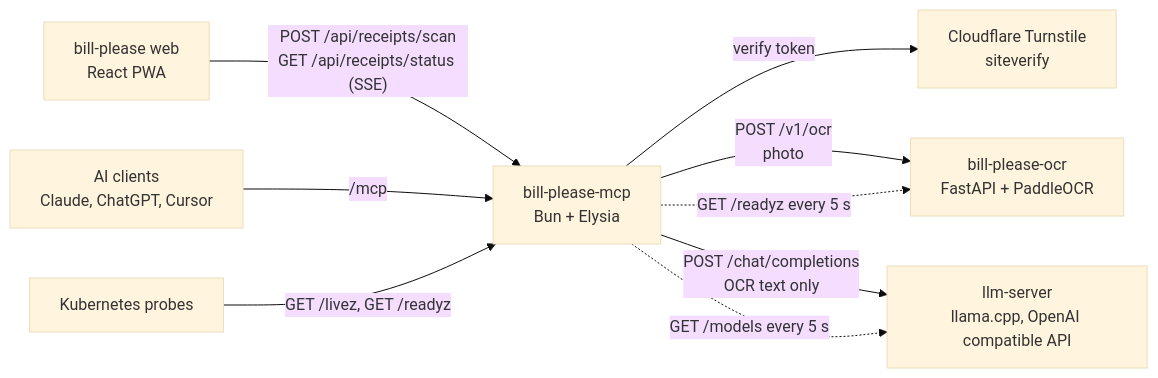
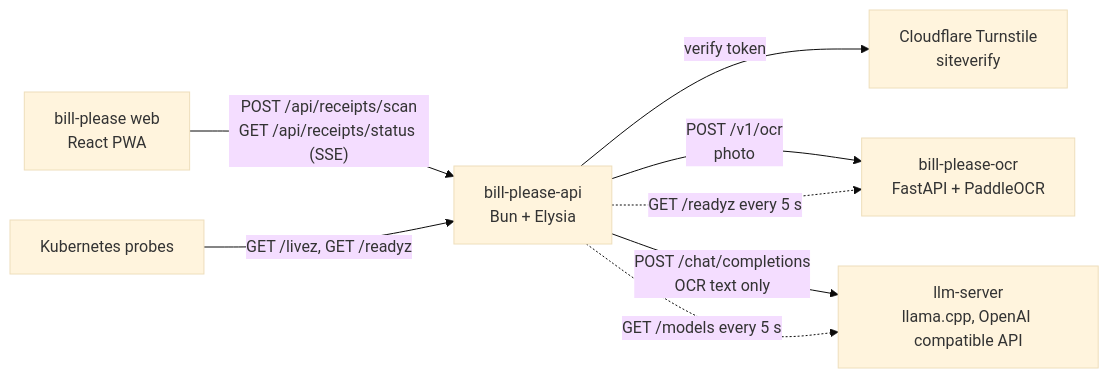
The diagram in README.md (chatreejs/bill-please-api), drawn with Mermaid (base theme) before and after one commit. The commit also changed other lines of this file and 21 other files, not shown here.

First line of the commit message:
refactor!: remove the mcp endpoint and rename to bill-please-api

````diff
--- a/README.md
+++ b/README.md
@@ -21,19 +19,17 @@
 ```mermaid
 flowchart LR
     web["bill-please web<br/>React PWA"]
-    ai["AI clients<br/>Claude, ChatGPT, Cursor"]
-    mcp["bill-please-mcp<br/>Bun + Elysia"]
+    api["bill-please-api<br/>Bun + Elysia"]
     turnstile["Cloudflare Turnstile<br/>siteverify"]
     ocr["bill-please-ocr<br/>FastAPI + PaddleOCR"]
     llm["llm-server<br/>llama.cpp, OpenAI compatible API"]
     kube["Kubernetes probes"]
 
-    web -- "POST /api/receipts/scan<br/>GET /api/receipts/status (SSE)" --> mcp
-    ai -- "/mcp" --> mcp
-    kube -- "GET /livez, GET /readyz" --> mcp
-    mcp -- "verify token" --> turnstile
-    mcp -- "POST /v1/ocr<br/>photo" --> ocr
-    mcp -- "POST /chat/completions<br/>OCR text only" --> llm
-    mcp -. "GET /readyz every 5 s" .-> ocr
-    mcp -. "GET /models every 5 s" .-> llm
+    web -- "POST /api/receipts/scan<br/>GET /api/receipts/status (SSE)" --> api
+    kube -- "GET /livez, GET /readyz" --> api
+    api -- "verify token" --> turnstile
+    api -- "POST /v1/ocr<br/>photo" --> ocr
+    api -- "POST /chat/completions<br/>OCR text only" --> llm
+    api -. "GET /readyz every 5 s" .-> ocr
+    api -. "GET /models every 5 s" .-> llm
 ```
````
